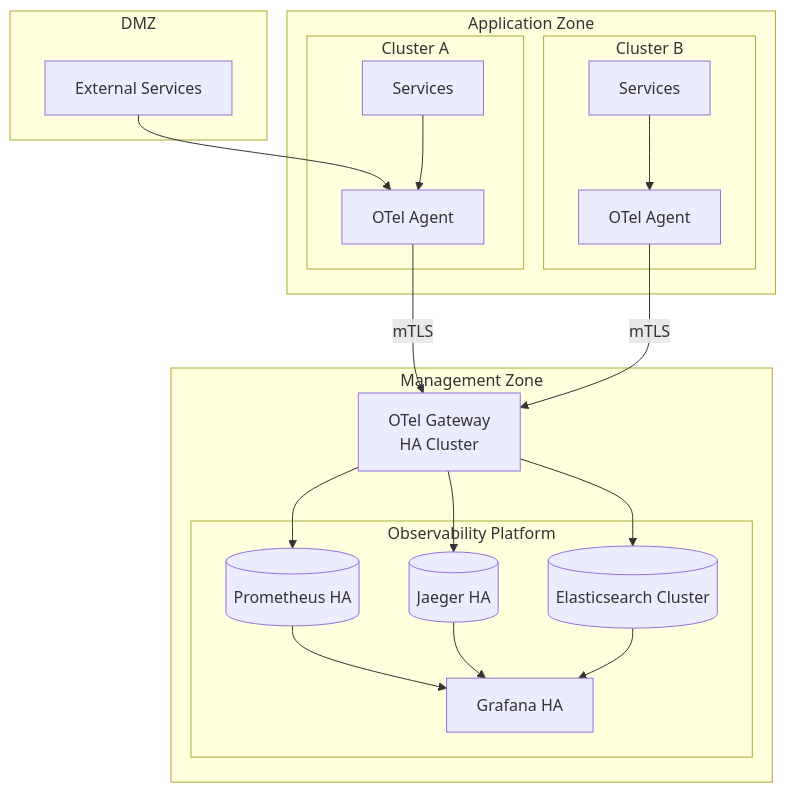
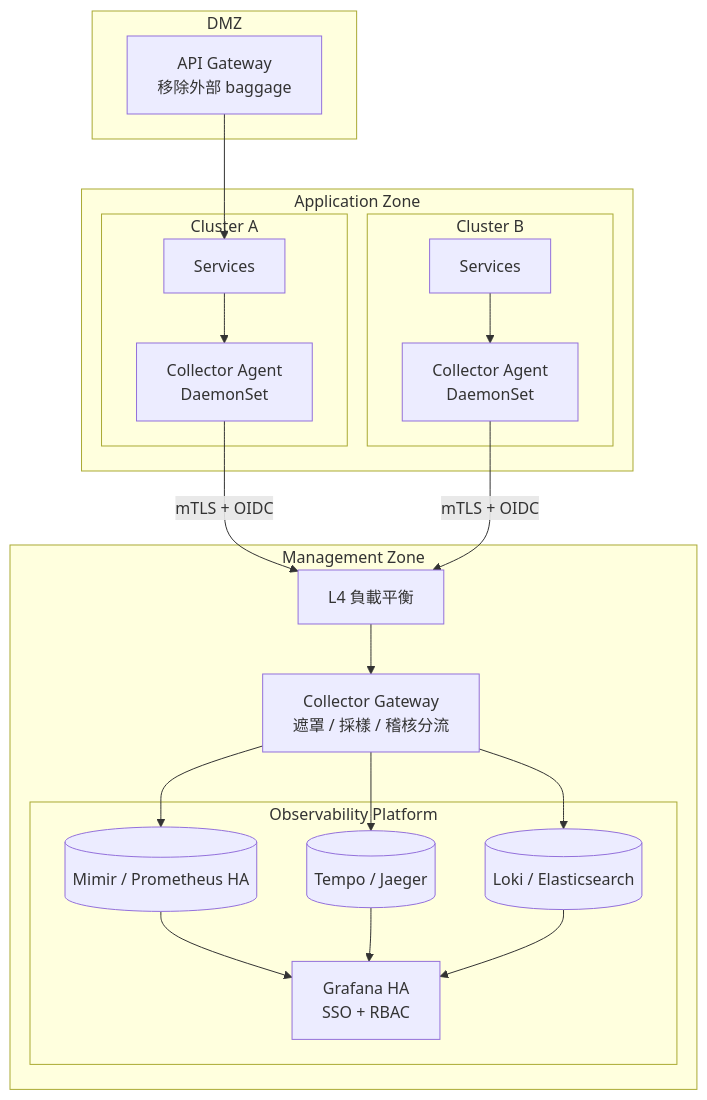
Before and after one commit to chihhung/Blog: diagram 18 of 19 in content/posts/教學/工具/OpenTelemetry教學手冊.md, drawn with Mermaid. The commit also changed other lines of this file and 8 other files, not shown here.

````diff
--- a/content/posts/教學/工具/OpenTelemetry教學手冊.md
+++ b/content/posts/教學/工具/OpenTelemetry教學手冊.md
@@ -2220,43 +4339,45 @@
 ```mermaid
 flowchart TB
     subgraph "DMZ"
-        ExtApp[External Services]
+        ExtGW[API Gateway<br/>移除外部 baggage]
     end
-    
+
     subgraph "Application Zone"
         subgraph "Cluster A"
             App1[Services]
-            Agent1[OTel Agent]
+            Agent1[Collector Agent<br/>DaemonSet]
         end
         subgraph "Cluster B"
             App2[Services]
-            Agent2[OTel Agent]
+            Agent2[Collector Agent<br/>DaemonSet]
         end
     end
-    
+
     subgraph "Management Zone"
-        Gateway[OTel Gateway<br/>HA Cluster]
-        
+        LB[L4 負載平衡]
+        Gateway[Collector Gateway<br/>遮罩 / 採樣 / 稽核分流]
+
         subgraph "Observability Platform"
-            Prom[(Prometheus HA)]
-            Jaeger[(Jaeger HA)]
-            ES[(Elasticsearch Cluster)]
-            Grafana[Grafana HA]
+            Prom[(Mimir / Prometheus HA)]
+            Traces[(Tempo / Jaeger)]
+            Logs[(Loki / Elasticsearch)]
+            Grafana[Grafana HA<br/>SSO + RBAC]
         end
     end
-    
-    ExtApp --> Agent1
+
+    ExtGW --> App1
     App1 --> Agent1
     App2 --> Agent2
-    
-    Agent1 -->|mTLS| Gateway
-    Agent2 -->|mTLS| Gateway
-    
+
+    Agent1 -->|mTLS + OIDC| LB
+    Agent2 -->|mTLS + OIDC| LB
+    LB --> Gateway
+
     Gateway --> Prom
-    Gateway --> Jaeger
-    Gateway --> ES
-    
+    Gateway --> Traces
+    Gateway --> Logs
+
     Prom --> Grafana
-    Jaeger --> Grafana
-    ES --> Grafana
+    Traces --> Grafana
+    Logs --> Grafana
 ```
````
